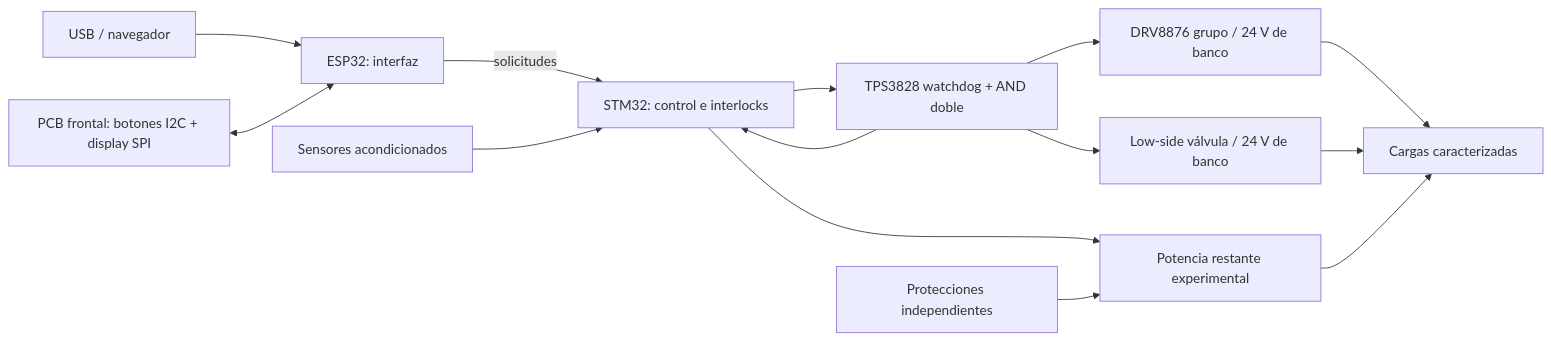
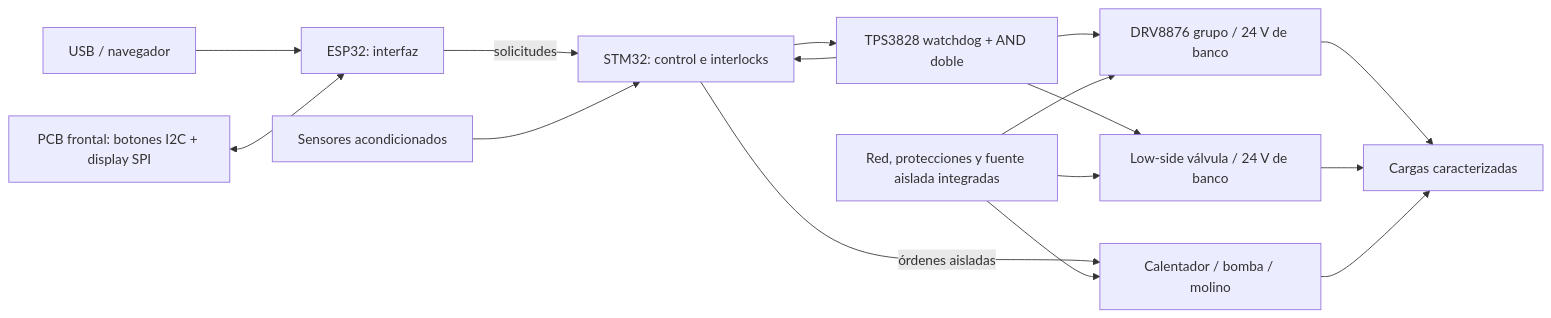
The diagram in docs/architecture.md (itorralbo/open-saeco-controller), drawn with Mermaid before and after one commit. The commit also changed other lines of this file and 28 other files, not shown here.

````diff
--- a/docs/architecture.md
+++ b/docs/architecture.md
@@ -25,16 +27,18 @@
 ```mermaid
 flowchart LR
     U[USB / navegador] --> E[ESP32: interfaz]
     F[PCB frontal: botones I2C + display SPI] <--> E
     E -->|solicitudes| S[STM32: control e interlocks]
     I[Sensores acondicionados] --> S
     W[TPS3828 watchdog + AND doble] --> S
     W --> G[DRV8876 grupo / 24 V de banco]
     W --> V[Low-side válvula / 24 V de banco]
     S --> W
-    S --> P[Potencia restante experimental]
+    S -->|órdenes aisladas| P[Calentador / bomba / molino]
     G --> C[Cargas caracterizadas]
     V --> C
     P --> C[Cargas caracterizadas]
-    H[Protecciones independientes] --> P
+    H[Red, protecciones y fuente aislada integradas] --> P
+    H --> G
+    H --> V
 ```
````
